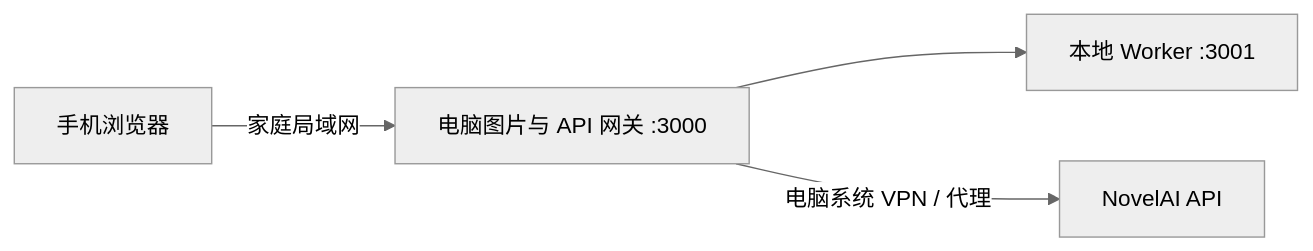
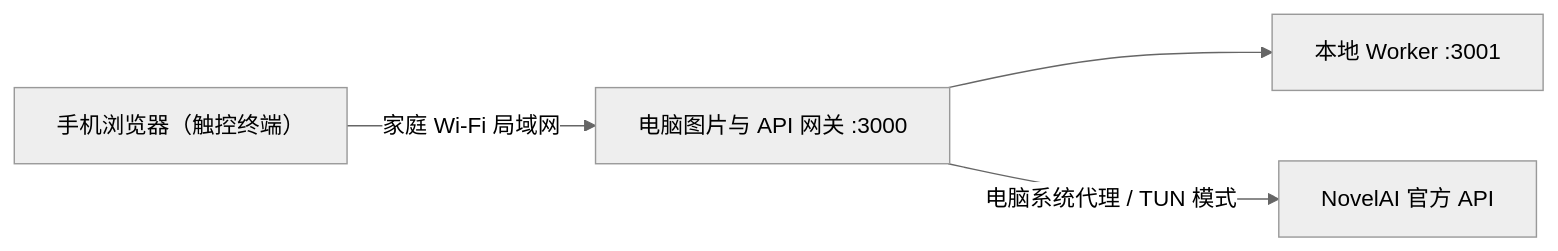
One commit to HelloQun54321/nai-atelier changed the second of 3 diagrams in README.md. Above: the diagram before and after it, drawn with Mermaid (neutral theme). The commit also changed other lines of this file and 4 other files, not shown here.

````diff
--- a/README.md
+++ b/README.md
@@ -515,6 +497,6 @@
 ```mermaid
 flowchart LR
-    P["手机浏览器"] -->|家庭局域网| G["电脑图片与 API 网关 :3000"]
+    P["手机浏览器（触控终端）"] -->|家庭 Wi-Fi 局域网| G["电脑图片与 API 网关 :3000"]
     G --> W["本地 Worker :3001"]
-    G -->|电脑系统 VPN / 代理| N["NovelAI API"]
+    G -->|电脑系统代理 / TUN 模式| N["NovelAI 官方 API"]
 ```
````
